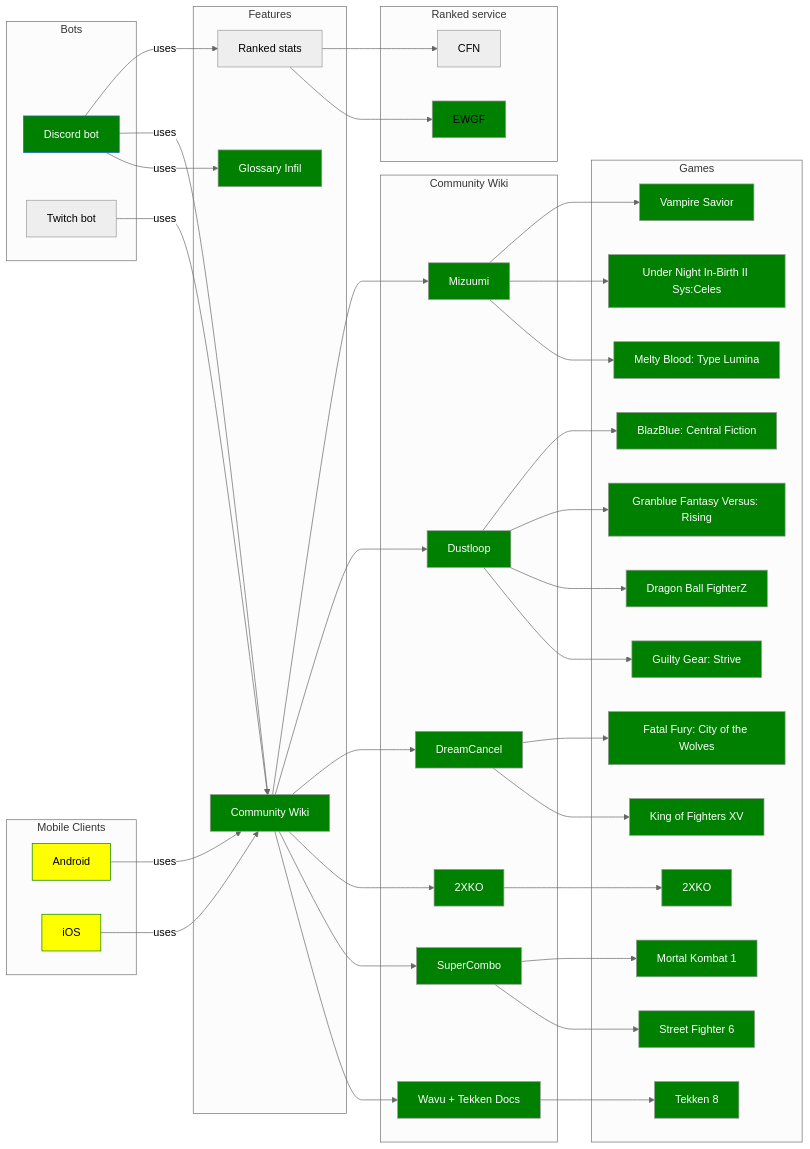
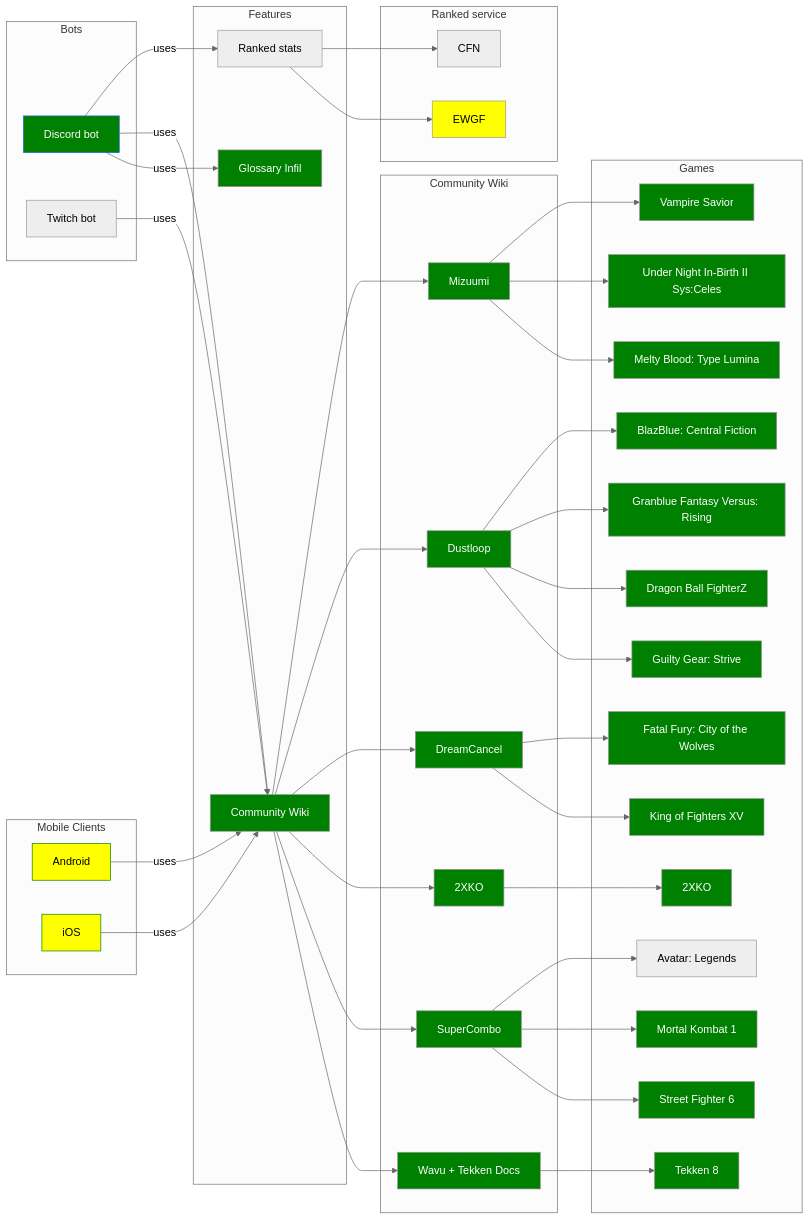
The diagram in README.md (Sophon/FightingNerd), drawn with Mermaid (neutral theme) before and after one commit. The commit also changed 1 other file, not shown here.

Commit message:
docs (mermaid): modules

````diff
--- a/README.md
+++ b/README.md
@@ -22,111 +22,114 @@
 ```mermaid
 graph LR
-    classDef green fill:green,color:#000
-    classDef grey fill:lightgrey,color:#000
-    classDef yellow fill:#FFEB3B,color:#000
+  classDef green fill:green,color:#000
+  classDef grey fill:lightgrey,color:#000
+  classDef yellow fill:#FFEB3B,color:#000
 
-    subgraph Bots
-        discordBot[Discord bot]
-        twitchBot[Twitch bot]
-    end
+  subgraph Bots
+    discordBot[Discord bot]
+    twitchBot[Twitch bot]
+  end
 
-    subgraph "Mobile Clients"
-        android[Android]
-        iOS[iOS]
-    end
+  subgraph "Mobile Clients"
+    android[Android]
+    iOS[iOS]
+  end
 
-    subgraph Features
-        glossaryInfil[Glossary Infil]
-        communityWiki[Community Wiki]
-        elo[Ranked stats]
-    end
+  subgraph Features
+    glossaryInfil[Glossary Infil]
+    communityWiki[Community Wiki]
+    elo[Ranked stats]
+  end
 
-    subgraph Community Wiki
-        wikiWavu[Wavu + Tekken Docs]
-        supercombo[SuperCombo]
-        2xko[2XKO]
-        dustloop[Dustloop]
-        dreamcancel[DreamCancel]
-        mizuumi[Mizuumi]
-    end
+  subgraph Community Wiki
+    wikiWavu[Wavu + Tekken Docs]
+    supercombo[SuperCombo]
+    2xko[2XKO]
+    dustloop[Dustloop]
+    dreamcancel[DreamCancel]
+    mizuumi[Mizuumi]
+  end
 
-    subgraph Games
-        t8[Tekken 8]
-        sf6[Street Fighter 6]
-        mk1[Mortal Kombat 1]
-        ggst[Guilty Gear: Strive]
-        dbfz[Dragon Ball FighterZ]
-        gbvsr[Granblue Fantasy Versus: Rising]
-        kof15[King of Fighters XV]
-        cotw[Fatal Fury: City of the Wolves]
-        xko[2XKO]
-        melty[Melty Blood: Type Lumina]
-        bbcf[BlazBlue: Central Fiction]
-        uni2[Under Night In-Birth II Sys:Celes]
-        vsav[Vampire Savior]
-    end
+  subgraph Games
+    t8[Tekken 8]
+    sf6[Street Fighter 6]
+    mk1[Mortal Kombat 1]
+    ggst[Guilty Gear: Strive]
+    dbfz[Dragon Ball FighterZ]
+    gbvsr[Granblue Fantasy Versus: Rising]
+    kof15[King of Fighters XV]
+    cotw[Fatal Fury: City of the Wolves]
+    xko[2XKO]
+    melty[Melty Blood: Type Lumina]
+    bbcf[BlazBlue: Central Fiction]
+    uni2[Under Night In-Birth II Sys:Celes]
+    vsav[Vampire Savior]
+    avl[Avatar: Legends]
+  end
 
-    subgraph Ranked service
-        ewgf[EWGF]
-        cfn[CFN]
-    end
+  subgraph Ranked service
+    ewgf[EWGF]
+    cfn[CFN]
+  end
 
-    android -->|uses| communityWiki
-    iOS -->|uses| communityWiki
+  android -->|uses| communityWiki
+  iOS -->|uses| communityWiki
 
-    discordBot -->|uses| glossaryInfil
-    discordBot -->|uses| communityWiki
-    discordBot -->|uses| elo
-    twitchBot -->|uses| communityWiki
+  discordBot -->|uses| glossaryInfil
+  discordBot -->|uses| communityWiki
+  discordBot -->|uses| elo
+  twitchBot -->|uses| communityWiki
 
-    communityWiki --> wikiWavu
-    communityWiki --> supercombo
-    communityWiki --> 2xko
-    communityWiki --> dreamcancel
-    communityWiki --> dustloop
-    communityWiki --> mizuumi
+  communityWiki --> wikiWavu
+  communityWiki --> supercombo
+  communityWiki --> 2xko
+  communityWiki --> dreamcancel
+  communityWiki --> dustloop
+  communityWiki --> mizuumi
 
-    elo --> ewgf
-    elo --> cfn
+  elo --> ewgf
+  elo --> cfn
 
-    wikiWavu --> t8
-    supercombo --> sf6
-    supercombo --> mk1
-    dustloop --> ggst
-    dustloop --> dbfz
-    dustloop --> gbvsr
-    dustloop --> bbcf
-    2xko --> xko
-    dreamcancel --> kof15
-    dreamcancel --> cotw
-    mizuumi --> melty
-    mizuumi --> uni2
-    mizuumi --> vsav
+  wikiWavu --> t8
+  supercombo --> sf6
+  supercombo --> mk1
+  supercombo --> avl
+  dustloop --> ggst
+  dustloop --> dbfz
+  dustloop --> gbvsr
+  dustloop --> bbcf
+  2xko --> xko
+  dreamcancel --> kof15
+  dreamcancel --> cotw
+  mizuumi --> melty
+  mizuumi --> uni2
+  mizuumi --> vsav
 
 
-    style discordBot fill:green,stroke:#2563EB, color:#fff
-    style android fill:yellow,stroke:green, color:#000
-    style iOS fill:yellow,stroke:green, color:#000
-    style glossaryInfil fill:green, color:#fff
-    style communityWiki fill:green, color:#fff
-    style wikiWavu fill:green, color:#fff
-    style supercombo fill:green, color:#fff
-    style dreamcancel fill:green, color:#fff
-    style dustloop fill:green, color:#fff
-    style mizuumi fill:green, color:#fff
-    style 2xko fill:green, color:#fff
-    style t8 fill:green, color:#fff
-    style sf6 fill:green, color:#fff
-    style xko fill:green, color:#fff
-    style kof15 fill:green, color:#fff
-    style cotw fill:green, color:#fff
-    style ggst fill:green, color:#fff
-    style mk1 fill:green, color:#fff
-    style dbfz fill:green, color:#fff
-    style gbvsr fill:green, color:#fff
-    style melty fill:green, color:#fff
-    style bbcf fill:green, color:#fff
-    style uni2 fill:green, color:#fff
-    style vsav fill:green, color:#fff
-    style ewgf fill:green, color:#000
+  style discordBot fill:green,stroke:#2563EB, color:#fff
+  style android fill:yellow,stroke:green, color:#000
+  style iOS fill:yellow,stroke:green, color:#000
+  style glossaryInfil fill:green, color:#fff
+  style communityWiki fill:green, color:#fff
+  style wikiWavu fill:green, color:#fff
+  style supercombo fill:green, color:#fff
+  style dreamcancel fill:green, color:#fff
+  style dustloop fill:green, color:#fff
+  style mizuumi fill:green, color:#fff
+  style 2xko fill:green, color:#fff
+  style t8 fill:green, color:#fff
+  style sf6 fill:green, color:#fff
+  style xko fill:green, color:#fff
+  style kof15 fill:green, color:#fff
+  style cotw fill:green, color:#fff
+  style ggst fill:green, color:#fff
+  style mk1 fill:green, color:#fff
+  style dbfz fill:green, color:#fff
+  style gbvsr fill:green, color:#fff
+  style melty fill:green, color:#fff
+  style bbcf fill:green, color:#fff
+  style uni2 fill:green, color:#fff
+  style vsav fill:green, color:#fff
+  style ewgf fill:green, color:#fff
+  style ewgf fill:yellow, color:#000
   ```
````
